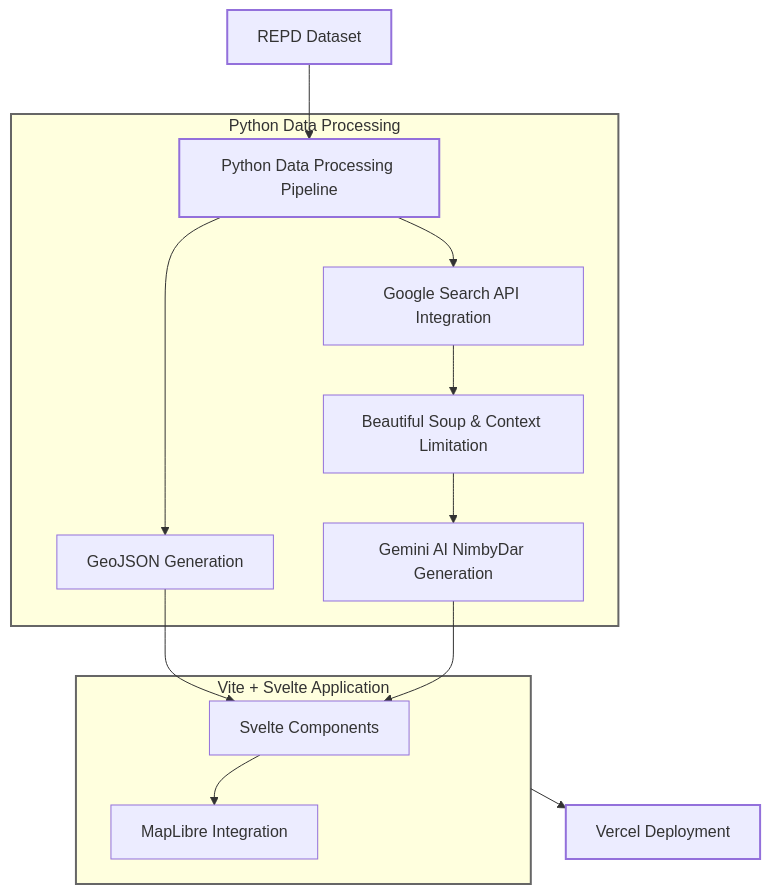
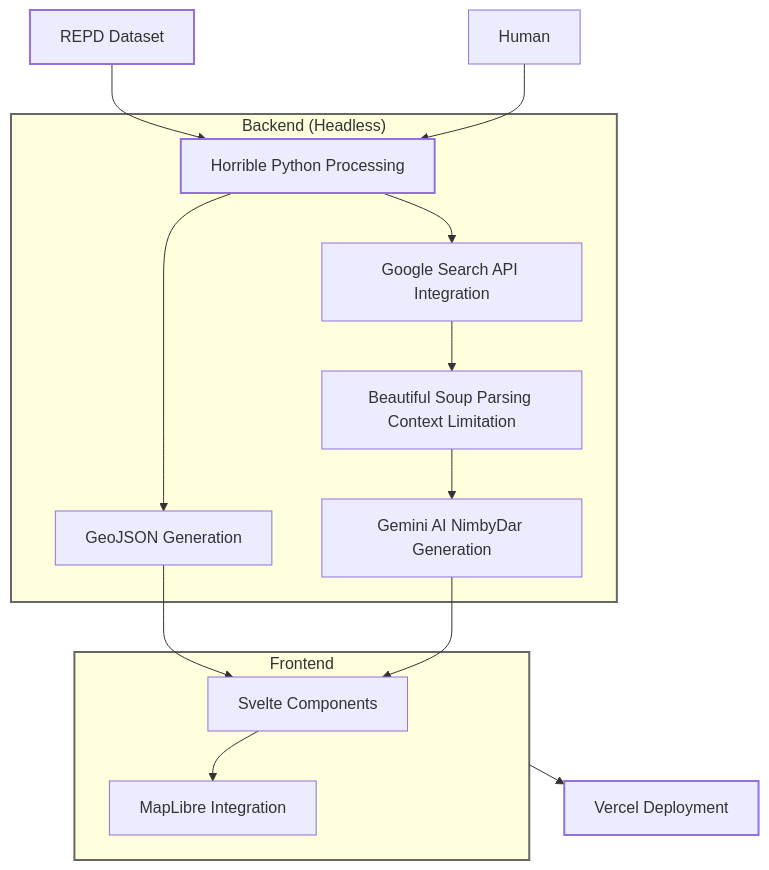
One commit to dambem/nimbydex_slides changed the first of 2 diagrams in slides.md. Above: the diagram before and after it, drawn with Mermaid. The commit also changed other lines of this file and 6 other files, not shown here.

````diff
--- a/slides.md
+++ b/slides.md
@@ -159,34 +178,35 @@
 ```mermaid {theme: 'neutral', scale: 0.55}
 graph TD
     %% Main data source
     A[REPD Dataset] --> B[Python Data Processing Pipeline]
-    
+    AA[Human] --> B[Horrible Python Processing]
+
     %% Python processing scope
-    subgraph Backend["Python Data Processing"]
+    subgraph Backend["Backend (Headless)"]
         B --> C[GeoJSON Generation]
         B --> E[Google Search API Integration]
-        E --> F[Beautiful Soup & Context Limitation]
+        E --> F[Beautiful Soup Parsing Context Limitation]
         F --> G[Gemini AI NimbyDar Generation]
     end
     
     %% Frontend implementation
-    subgraph Frontend["Vite + Svelte Application"]
+    subgraph Frontend["Frontend"]
         H[Svelte Components] --> I[MapLibre Integration]
     end
     
     %% Data flow from backend to frontend
     C --> H
     G --> H
     
     %% Deployment
     Frontend --> M[Vercel Deployment]
     
     %% Styling
     classDef primary fill:#fe0ff,stroke:#3f0ff,stroke-width:2px
     classDef secondary fill:#ff0f0,stroke:#666666,stroke-width:2px
     classDef deployment fill:#fffe0,stroke:#fff80,stroke-width:2px
     
     class A,B primary
     class Backend,Frontend secondary
     class M deployment
 ```
````
